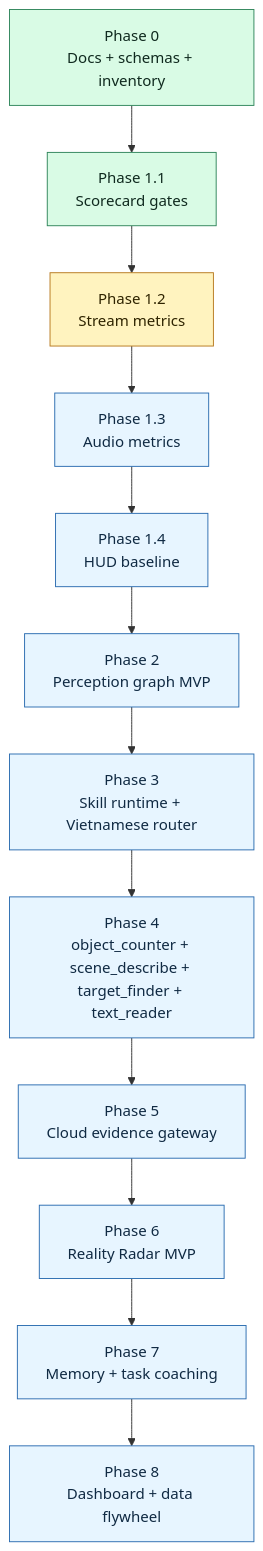
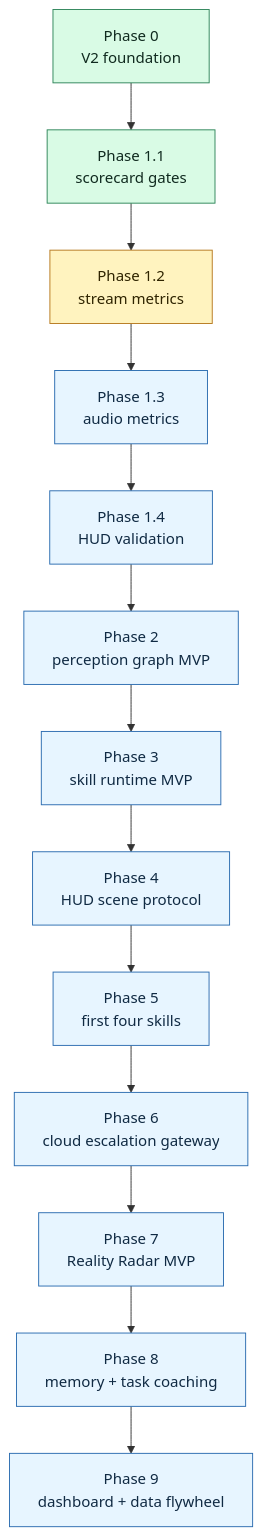
Before and after one commit to tranquocnhat94/openvision-rokid: the third of 3 diagrams in README.md, drawn with Mermaid. The commit also changed other lines of this file, not shown here.

````diff
--- a/README.md
+++ b/README.md
@@ -156,25 +585,26 @@
 ```mermaid
 flowchart TD
-  P0["Phase 0\nDocs + schemas + inventory"]
-  P11["Phase 1.1\nScorecard gates"]
-  P12["Phase 1.2\nStream metrics"]
-  P13["Phase 1.3\nAudio metrics"]
-  P14["Phase 1.4\nHUD baseline"]
-  P2["Phase 2\nPerception graph MVP"]
-  P3["Phase 3\nSkill runtime + Vietnamese router"]
-  P4["Phase 4\nobject_counter + scene_describe + target_finder + text_reader"]
-  P5["Phase 5\nCloud evidence gateway"]
-  P6["Phase 6\nReality Radar MVP"]
-  P7["Phase 7\nMemory + task coaching"]
-  P8["Phase 8\nDashboard + data flywheel"]
+    P0["Phase 0<br/>V2 foundation"]
+    P1A["Phase 1.1<br/>scorecard gates"]
+    P1B["Phase 1.2<br/>stream metrics"]
+    P1C["Phase 1.3<br/>audio metrics"]
+    P1D["Phase 1.4<br/>HUD validation"]
+    P2["Phase 2<br/>perception graph MVP"]
+    P3["Phase 3<br/>skill runtime MVP"]
+    P4["Phase 4<br/>HUD scene protocol"]
+    P5["Phase 5<br/>first four skills"]
+    P6["Phase 6<br/>cloud escalation gateway"]
+    P7["Phase 7<br/>Reality Radar MVP"]
+    P8["Phase 8<br/>memory + task coaching"]
+    P9["Phase 9<br/>dashboard + data flywheel"]
 
-  P0 --> P11 --> P12 --> P13 --> P14 --> P2 --> P3 --> P4 --> P5 --> P6 --> P7 --> P8
+    P0 --> P1A --> P1B --> P1C --> P1D --> P2 --> P3 --> P4 --> P5 --> P6 --> P7 --> P8 --> P9
 
-  classDef done fill:#d9fbe5,stroke:#2f855a,color:#102a1f;
-  classDef current fill:#fff3bf,stroke:#b7791f,color:#2f2400;
-  classDef next fill:#e7f5ff,stroke:#2b6cb0,color:#102a43;
+    classDef done fill:#d9fbe5,stroke:#2f855a,color:#102a1f;
+    classDef current fill:#fff3bf,stroke:#b7791f,color:#2f2400;
+    classDef next fill:#e7f5ff,stroke:#2b6cb0,color:#102a43;
 
-  class P0,P11 done;
-  class P12 current;
-  class P13,P14,P2,P3,P4,P5,P6,P7,P8 next;
+    class P0,P1A done;
+    class P1B current;
+    class P1C,P1D,P2,P3,P4,P5,P6,P7,P8,P9 next;
 ```
````
